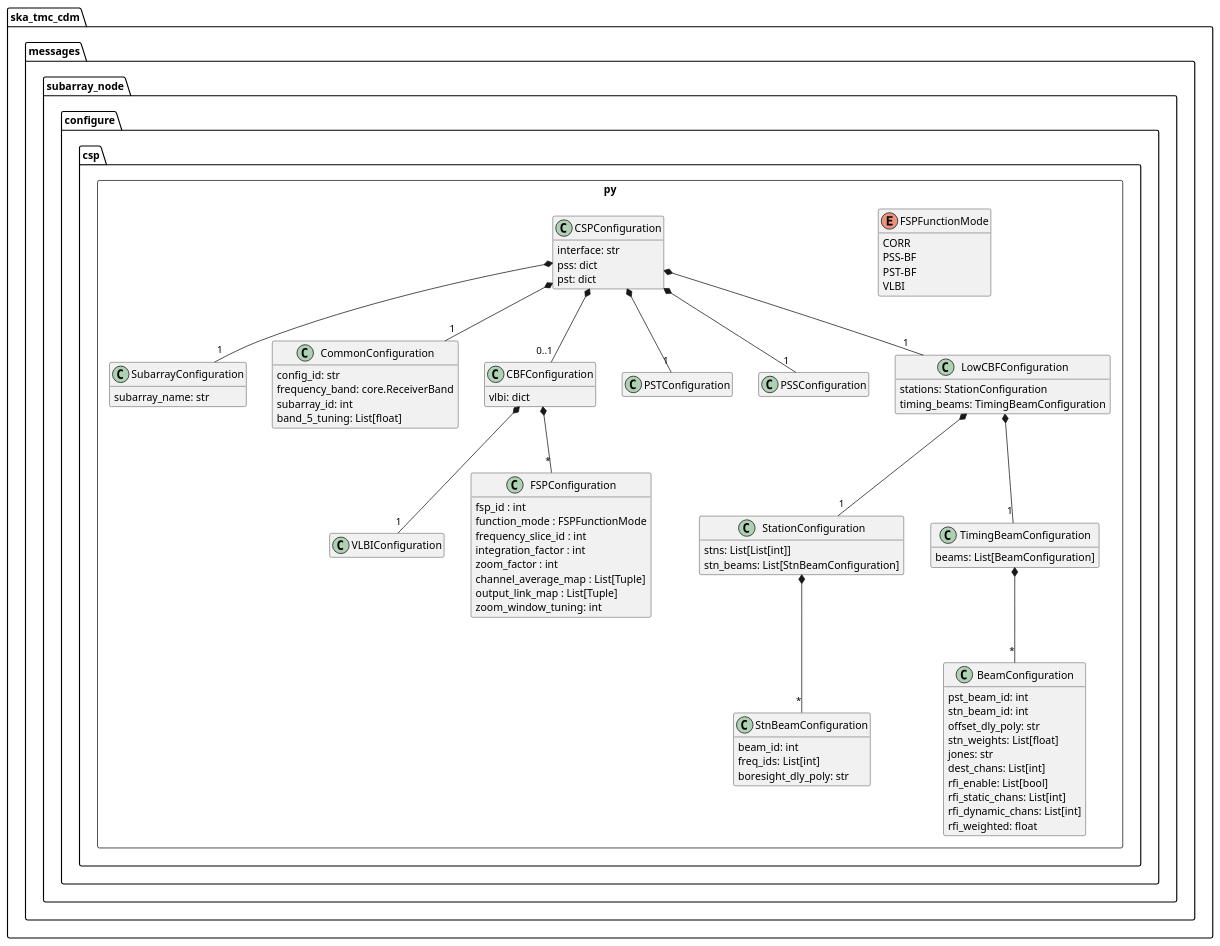
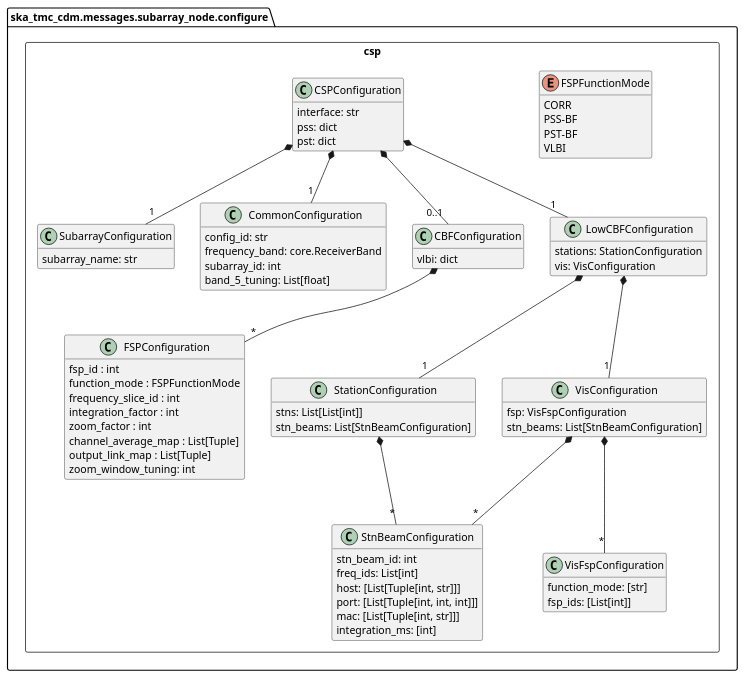
Before and after one commit to ska-telescope/cdm-shared-library: the diagram in docs/src/developer/subarraynode/csp.puml, drawn with PlantUML. The commit also changed 9 other files, not shown here.

Commit message:
NAK-657 Updated document as per latest schema

```diff
--- a/docs/src/developer/subarraynode/csp.puml
+++ b/docs/src/developer/subarraynode/csp.puml
@@ -1,112 +1,94 @@
 @startuml
 hide empty members
 
 ' Remove the following lines when VLBI, PSS and PST
 ' are added to CDM
 remove VLBIConfiguration
 remove PSTConfiguration
 remove PSSConfiguration
 
+set separator none 
 package ska_tmc_cdm.messages.subarray_node.configure {
-	package csp.py <<Rectangle>> {
-
+	package csp <<Rectangle>> {
 	    class SubarrayConfiguration {
 	        subarray_name: str
 	    }
 
 	    class CommonConfiguration {
 	        config_id: str
             frequency_band: core.ReceiverBand
             subarray_id: int
             band_5_tuning: List[float]
 	    }
 
 	    class CBFConfiguration {
             vlbi: dict
 	    }
-
-	    class PSTConfiguration {
-
-	    }
-
-        class PSSConfiguration {
-
-        }
-
-        class VLBIConfiguration {
-
-        }
 
 		enum FSPFunctionMode {
 			CORR
 			PSS-BF
 			PST-BF
 			VLBI
 		}
 
 		class FSPConfiguration {
 			fsp_id : int
 			function_mode : FSPFunctionMode
 			frequency_slice_id : int
 			integration_factor : int
 			zoom_factor : int
 			channel_average_map : List[Tuple]
 			output_link_map : List[Tuple]
 			zoom_window_tuning: int
 		}
 
 		class CSPConfiguration {
 	        interface: str
 	        pss: dict
 	        pst: dict
 
 		}
 
 		class LowCBFConfiguration {
 			stations: StationConfiguration 
-			timing_beams: TimingBeamConfiguration
+			vis: VisConfiguration
 		}
 
 		class StationConfiguration {
 			stns: List[List[int]]
         	stn_beams: List[StnBeamConfiguration]
 		}
-
-		class TimingBeamConfiguration {
-			beams: List[BeamConfiguration]
-		}
 		
-		class BeamConfiguration {
-			pst_beam_id: int
+		class StnBeamConfiguration {
 			stn_beam_id: int
-			offset_dly_poly: str
-			stn_weights: List[float]
-			jones: str
-			dest_chans: List[int]
-			rfi_enable: List[bool]
-			rfi_static_chans: List[int]
-			rfi_dynamic_chans: List[int]
-			rfi_weighted: float
+			freq_ids: List[int]
+			host: [List[Tuple[int, str]]]
+			port: [List[Tuple[int, int, int]]]
+			mac: [List[Tuple[int, str]]]
+			integration_ms: [int]
 		}
 
-		class StnBeamConfiguration {
-			beam_id: int
-			freq_ids: List[int]
-			boresight_dly_poly: str
+		class VisConfiguration {
+			fsp: VisFspConfiguration
+			stn_beams: List[StnBeamConfiguration]
+		}
+
+		class VisFspConfiguration {
+			function_mode: [str]
+			fsp_ids: [List[int]]
 		}
 
 		CBFConfiguration *-- "*" FSPConfiguration
-		CBFConfiguration *-- "1" VLBIConfiguration
 		CSPConfiguration *-- "1" CommonConfiguration
 		CSPConfiguration *-- "1" SubarrayConfiguration
 		CSPConfiguration *-- "0..1" CBFConfiguration
-		CSPConfiguration *-- "1" PSTConfiguration
-		CSPConfiguration *-- "1" PSSConfiguration
 		CSPConfiguration *-- "1" LowCBFConfiguration
 		LowCBFConfiguration *-- "1" StationConfiguration
-		LowCBFConfiguration *-- "1" TimingBeamConfiguration
-		TimingBeamConfiguration *-- "*" BeamConfiguration
+		LowCBFConfiguration *-- "1" VisConfiguration
+		VisConfiguration *-- "*" VisFspConfiguration
+		VisConfiguration *-- "*" StnBeamConfiguration
 		StationConfiguration *-- "*" StnBeamConfiguration
-	}
+	}	
 }
 @enduml
```
